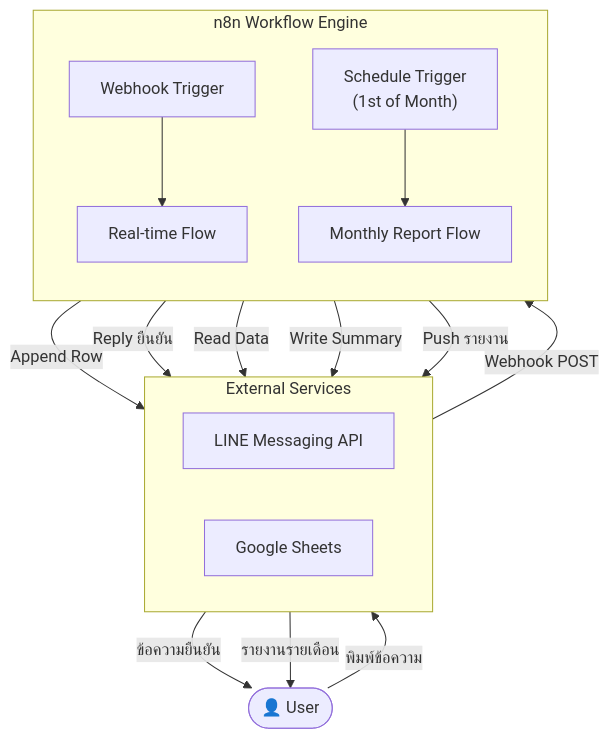
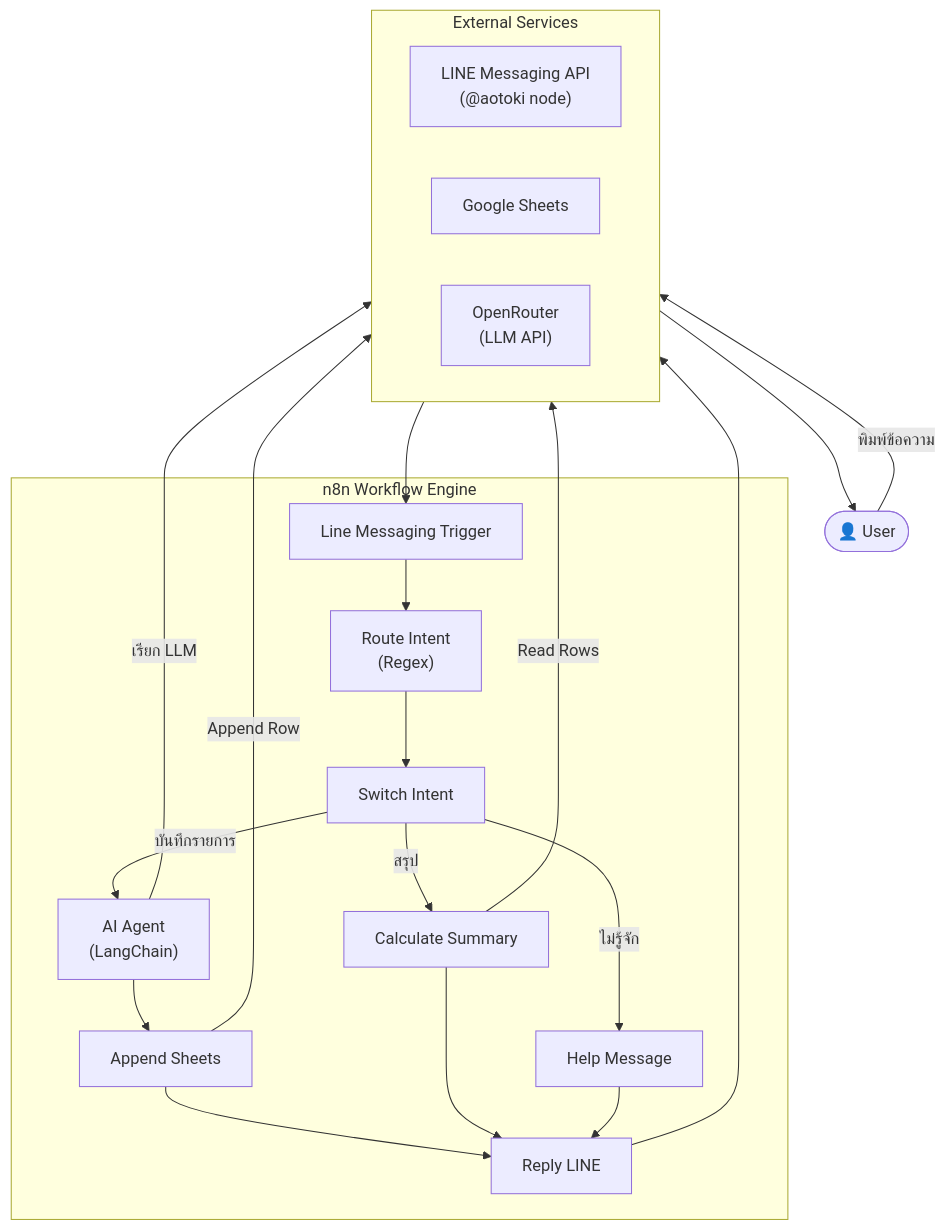
The first of 6 diagrams in README.md (Sayhighz/personal-accounting), drawn with Mermaid before and after one commit. The commit also changed other lines of this file and 1 other file, not shown here.

First line of the commit message:
feat: add n8n workflow with LLM categorization and summary feature

````diff
--- a/README.md
+++ b/README.md
@@ -29,31 +29,32 @@
 ```mermaid
 flowchart TB
     User(["👤 User"])
 
     subgraph EXT ["External Services"]
         direction LR
-        LINE["LINE Messaging API"]
+        LINE["LINE Messaging API\n(@aotoki node)"]
         GS["Google Sheets"]
+        LLM["OpenRouter\n(LLM API)"]
     end
 
     subgraph N8N ["n8n Workflow Engine"]
-        direction TB
-        WH["Webhook Trigger"]
-        RT["Real-time Flow"]
-        SC["Schedule Trigger\n(1st of Month)"]
-        MR["Monthly Report Flow"]
+        TRIGGER["Line Messaging Trigger"]
+        ROUTE["Route Intent\n(Regex)"]
+        SWITCH["Switch Intent"]
+        AI["AI Agent\n(LangChain)"]
+        SAVE["Append Sheets"]
+        CALC["Calculate Summary"]
+        HELP["Help Message"]
+        REPLY["Reply LINE"]
     end
 
     User -- "พิมพ์ข้อความ" --> LINE
-    LINE -- "Webhook POST" --> WH
-    WH --> RT
-    RT -- "Append Row" --> GS
-    RT -- "Reply ยืนยัน" --> LINE
-    LINE -- "ข้อความยืนยัน" --> User
-
-    SC --> MR
-    MR -- "Read Data" --> GS
-    MR -- "Write Summary" --> GS
-    MR -- "Push รายงาน" --> LINE
-    LINE -- "รายงานรายเดือน" --> User
+    LINE --> TRIGGER --> ROUTE --> SWITCH
+    SWITCH -- "บันทึกรายการ" --> AI --> SAVE --> REPLY
+    SWITCH -- "สรุป" --> CALC --> REPLY
+    SWITCH -- "ไม่รู้จัก" --> HELP --> REPLY
+    AI -- "เรียก LLM" --> LLM
+    SAVE -- "Append Row" --> GS
+    CALC -- "Read Rows" --> GS
+    REPLY --> LINE --> User
 ```
````
